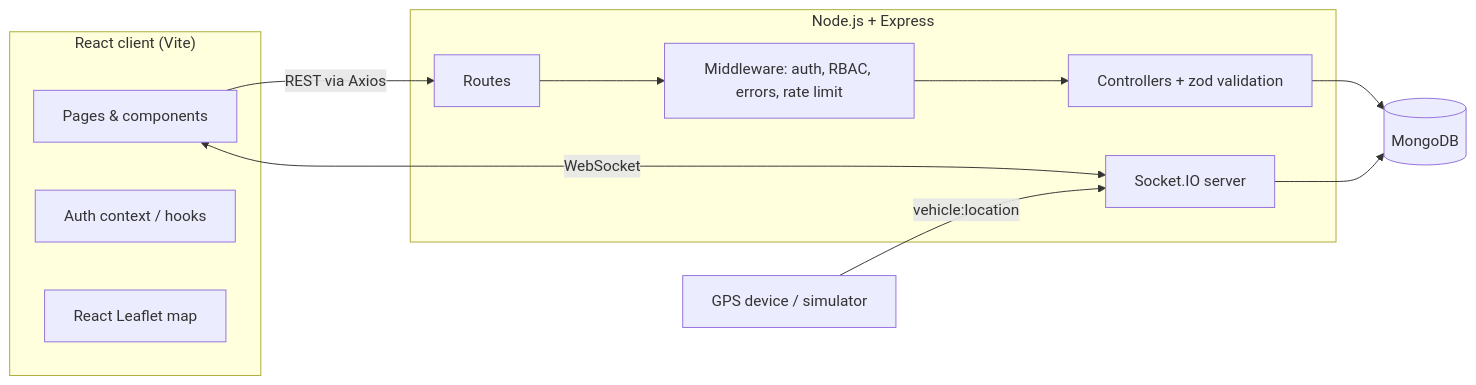
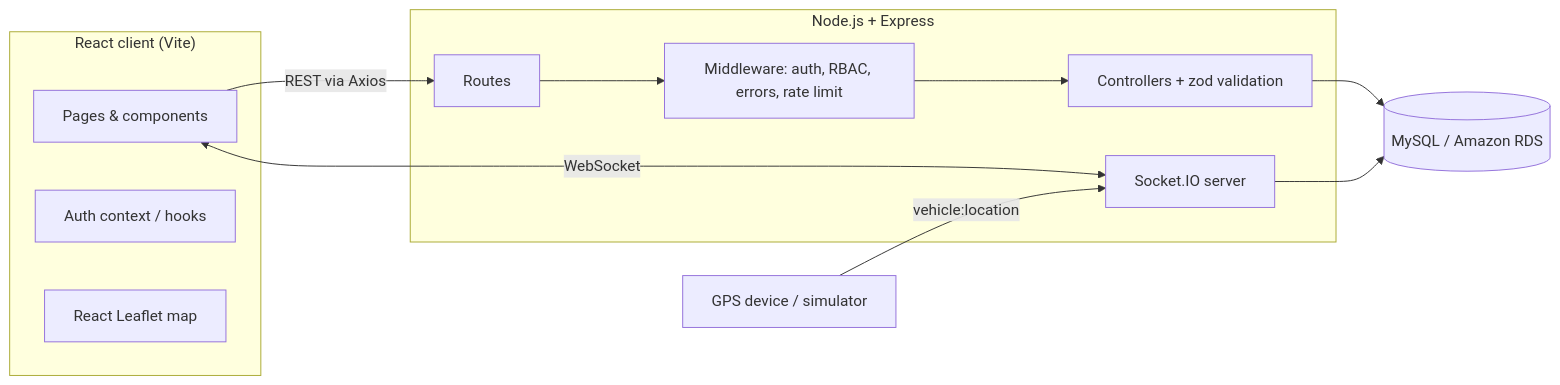
The diagram in README.md (Sharanpreet27-Singh/logistics-tracking-project), drawn with Mermaid before and after one commit. The commit also changed other lines of this file and 47 other files, not shown here.

Commit message:
Migrate FleetTrack to MySQL and AWS RDS

````diff
--- a/README.md
+++ b/README.md
@@ -179,24 +208,24 @@
 ```mermaid
 flowchart LR
     subgraph Client["React client (Vite)"]
         UI[Pages & components]
         CTX[Auth context / hooks]
         MAP[React Leaflet map]
     end
 
     subgraph Server["Node.js + Express"]
         RT[Routes]
         MW[Middleware: auth, RBAC, errors, rate limit]
         CT[Controllers + zod validation]
         SK[Socket.IO server]
     end
 
-    DB[(MongoDB)]
+    DB[(MySQL / Amazon RDS)]
     GPS[GPS device / simulator]
 
     UI -->|REST via Axios| RT
     UI <-->|WebSocket| SK
     GPS -->|vehicle:location| SK
     RT --> MW --> CT --> DB
     SK --> DB
 ```
````
